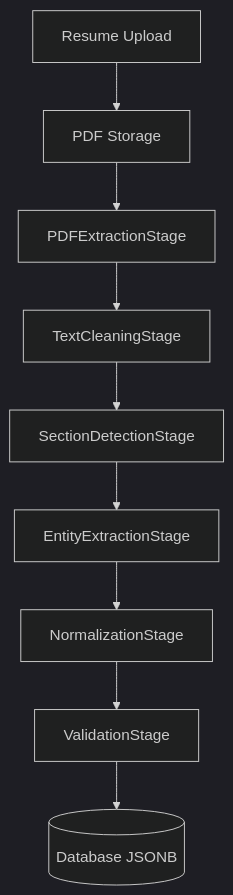
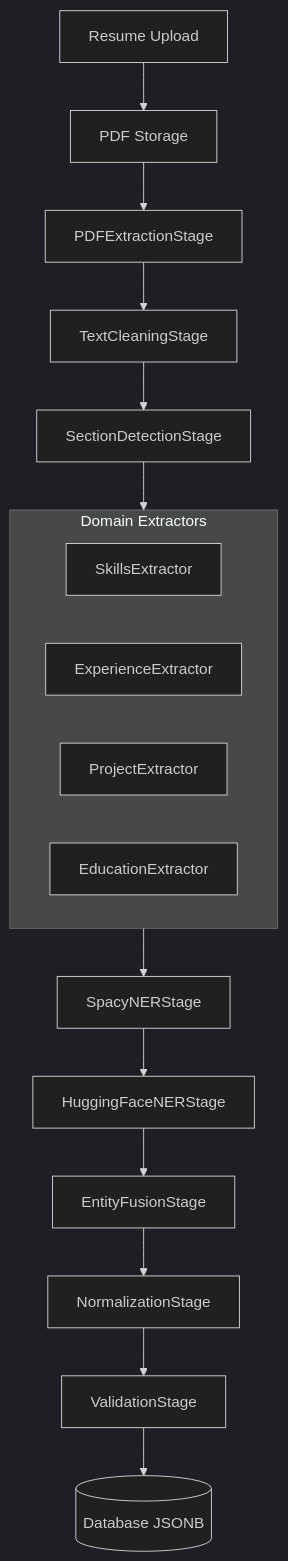
The third of 4 diagrams in docs/04_APP_FLOW.md (vanshbahl/resume-screener), drawn with Mermaid (dark theme) before and after one commit. The commit also changed other lines of this file and 52 other files, not shown here.

````diff
--- a/docs/04_APP_FLOW.md
+++ b/docs/04_APP_FLOW.md
@@ -48,11 +49,22 @@
 ```mermaid
 flowchart TD
     A[Resume Upload] --> B[PDF Storage]
     B --> C[PDFExtractionStage]
     C --> D[TextCleaningStage]
     D --> E[SectionDetectionStage]
-    E --> F[EntityExtractionStage]
-    F --> G[NormalizationStage]
-    G --> H[ValidationStage]
-    H --> I[(Database JSONB)]
+    
+    subgraph EntityExtractionStage [Domain Extractors]
+        F1[SkillsExtractor]
+        F2[ExperienceExtractor]
+        F3[ProjectExtractor]
+        F4[EducationExtractor]
+    end
+    
+    E --> EntityExtractionStage
+    EntityExtractionStage --> G[SpacyNERStage]
+    G --> H[HuggingFaceNERStage]
+    H --> I[EntityFusionStage]
+    I --> J[NormalizationStage]
+    J --> K[ValidationStage]
+    K --> L[(Database JSONB)]
 ```
````
